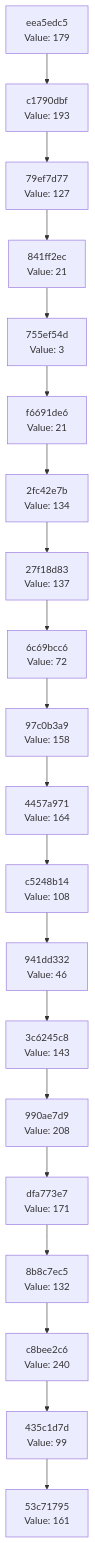
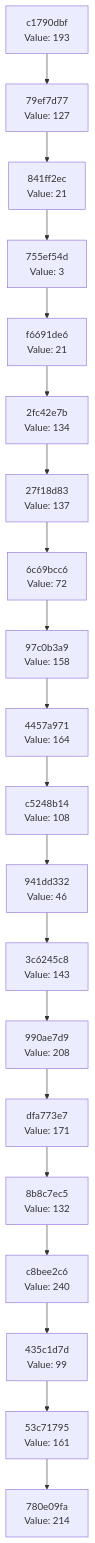
Before and after one commit to Abhisheksinha1506/hash-chain-evolver: the diagram in docs/CHAIN_VISUALIZATION.md, drawn with Mermaid. The commit also changed 3 other files, not shown here.

````diff
--- a/docs/CHAIN_VISUALIZATION.md
+++ b/docs/CHAIN_VISUALIZATION.md
@@ -3,42 +3,42 @@
 ```mermaid
 graph TD
-    C0["53c71795<br/>Value: 161"]
-    C1["435c1d7d<br/>Value: 99"]
+    C0["780e09fa<br/>Value: 214"]
+    C1["53c71795<br/>Value: 161"]
     C1 --> C0
-    C2["c8bee2c6<br/>Value: 240"]
+    C2["435c1d7d<br/>Value: 99"]
     C2 --> C1
-    C3["8b8c7ec5<br/>Value: 132"]
+    C3["c8bee2c6<br/>Value: 240"]
     C3 --> C2
-    C4["dfa773e7<br/>Value: 171"]
+    C4["8b8c7ec5<br/>Value: 132"]
     C4 --> C3
-    C5["990ae7d9<br/>Value: 208"]
+    C5["dfa773e7<br/>Value: 171"]
     C5 --> C4
-    C6["3c6245c8<br/>Value: 143"]
+    C6["990ae7d9<br/>Value: 208"]
     C6 --> C5
-    C7["941dd332<br/>Value: 46"]
+    C7["3c6245c8<br/>Value: 143"]
     C7 --> C6
-    C8["c5248b14<br/>Value: 108"]
+    C8["941dd332<br/>Value: 46"]
     C8 --> C7
-    C9["4457a971<br/>Value: 164"]
+    C9["c5248b14<br/>Value: 108"]
     C9 --> C8
-    C10["97c0b3a9<br/>Value: 158"]
+    C10["4457a971<br/>Value: 164"]
     C10 --> C9
-    C11["6c69bcc6<br/>Value: 72"]
+    C11["97c0b3a9<br/>Value: 158"]
     C11 --> C10
-    C12["27f18d83<br/>Value: 137"]
+    C12["6c69bcc6<br/>Value: 72"]
     C12 --> C11
-    C13["2fc42e7b<br/>Value: 134"]
+    C13["27f18d83<br/>Value: 137"]
     C13 --> C12
-    C14["f6691de6<br/>Value: 21"]
+    C14["2fc42e7b<br/>Value: 134"]
     C14 --> C13
-    C15["755ef54d<br/>Value: 3"]
+    C15["f6691de6<br/>Value: 21"]
     C15 --> C14
-    C16["841ff2ec<br/>Value: 21"]
+    C16["755ef54d<br/>Value: 3"]
     C16 --> C15
-    C17["79ef7d77<br/>Value: 127"]
+    C17["841ff2ec<br/>Value: 21"]
     C17 --> C16
-    C18["c1790dbf<br/>Value: 193"]
+    C18["79ef7d77<br/>Value: 127"]
     C18 --> C17
-    C19["eea5edc5<br/>Value: 179"]
+    C19["c1790dbf<br/>Value: 193"]
     C19 --> C18
 ```
````
